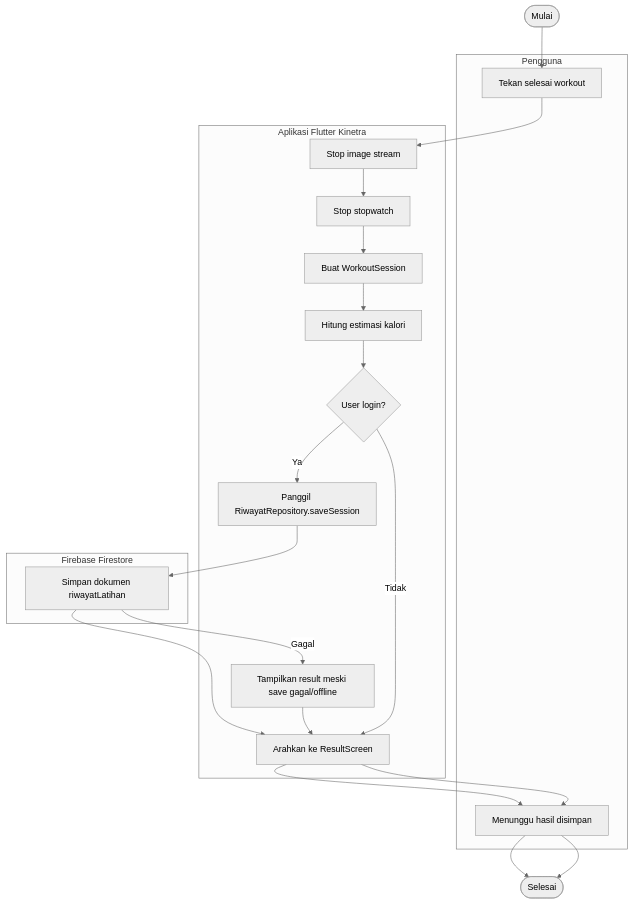
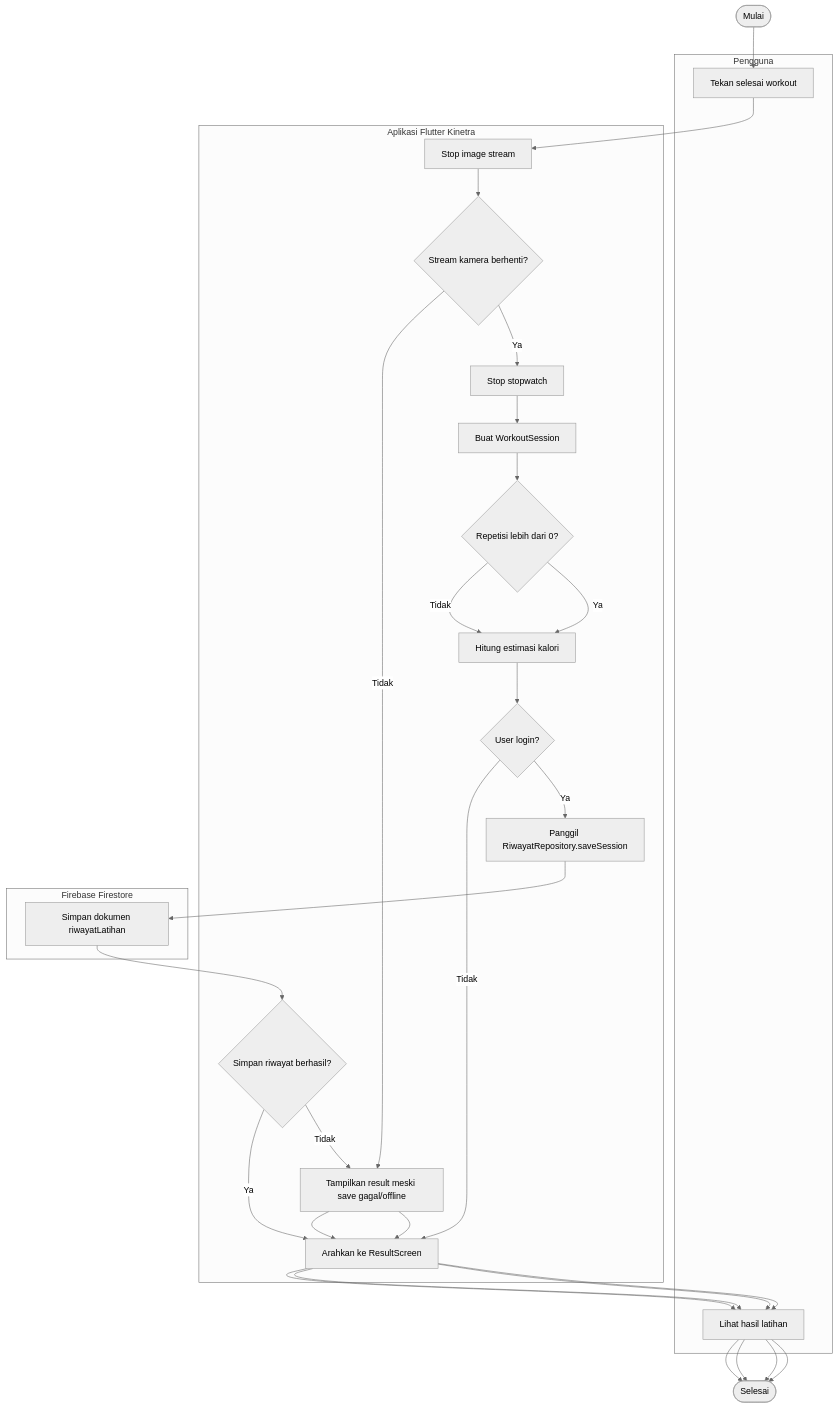
Diagram 11 of 26 in docs/uml.md (arifrachmatdx/Kinetra), drawn with Mermaid (neutral theme) before and after one commit. The commit also changed other lines of this file and 1 other file, not shown here.

Commit message:
docs: add detailed UML decisions and alternatives

````diff
--- a/docs/uml.md
+++ b/docs/uml.md
@@ -326,26 +436,35 @@
 ```mermaid
 flowchart TD
     Start([Mulai])
     subgraph User["Pengguna"]
         FinishWorkout[Tekan selesai workout]
-        SeeSaving[Menunggu hasil disimpan]
+        SeeResult[Lihat hasil latihan]
     end
     subgraph App["Aplikasi Flutter Kinetra"]
         StopStream[Stop image stream]
+        StreamStopped{Stream kamera berhenti?}
         StopStopwatch[Stop stopwatch]
         BuildSession[Buat WorkoutSession]
+        HasReps{Repetisi lebih dari 0?}
         EstimateCalories[Hitung estimasi kalori]
         CheckUser{User login?}
         SaveSession[Panggil RiwayatRepository.saveSession]
+        SaveSuccess{Simpan riwayat berhasil?}
         GoResult[Arahkan ke ResultScreen]
         ContinueOffline[Tampilkan result meski save gagal/offline]
     end
     subgraph DB["Firebase Firestore"]
         WriteHistory[Simpan dokumen riwayatLatihan]
     end
 
-    Start --> FinishWorkout --> StopStream --> StopStopwatch --> BuildSession --> EstimateCalories --> CheckUser
-    CheckUser -->|Ya| SaveSession --> WriteHistory --> GoResult --> SeeSaving --> End([Selesai])
-    CheckUser -->|Tidak| GoResult --> SeeSaving --> End
-    WriteHistory -->|Gagal| ContinueOffline --> GoResult
+    Start --> FinishWorkout --> StopStream --> StreamStopped
+    StreamStopped -->|Tidak| ContinueOffline --> GoResult --> SeeResult --> End([Selesai])
+    StreamStopped -->|Ya| StopStopwatch --> BuildSession --> HasReps
+    HasReps -->|Tidak| EstimateCalories
+    HasReps -->|Ya| EstimateCalories
+    EstimateCalories --> CheckUser
+    CheckUser -->|Tidak| GoResult --> SeeResult --> End
+    CheckUser -->|Ya| SaveSession --> WriteHistory --> SaveSuccess
+    SaveSuccess -->|Ya| GoResult --> SeeResult --> End
+    SaveSuccess -->|Tidak| ContinueOffline --> GoResult --> SeeResult --> End
 ```
````
